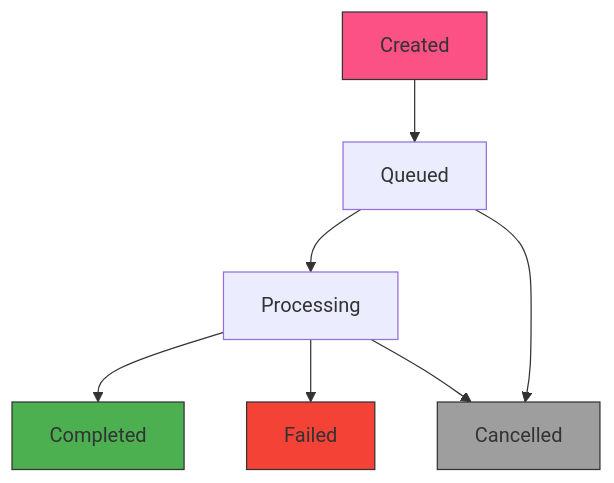
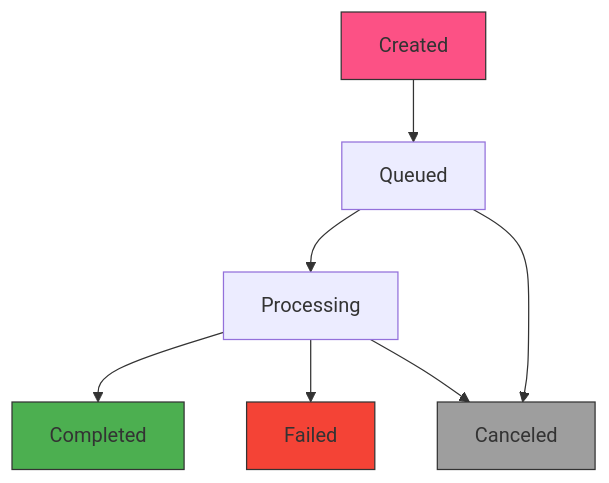
The diagram in processing/tasks.mdx (mixpeek/docs), drawn with Mermaid before and after one commit. The commit also changed other lines of this file and 28 other files, not shown here.

````diff
--- a/processing/tasks.mdx
+++ b/processing/tasks.mdx
@@ -44,13 +34,13 @@
   ```mermaid
   graph TD
     A[Created] --> B[Queued]
     B --> C[Processing]
     C --> D[Completed]
     C --> E[Failed]
-    B --> F[Cancelled]
+    B --> F[Canceled]
     C --> F
     style A fill:#FC5185,stroke:#333
     style D fill:#4CAF50,stroke:#333
     style E fill:#F44336,stroke:#333
     style F fill:#9E9E9E,stroke:#333
   ```
````
